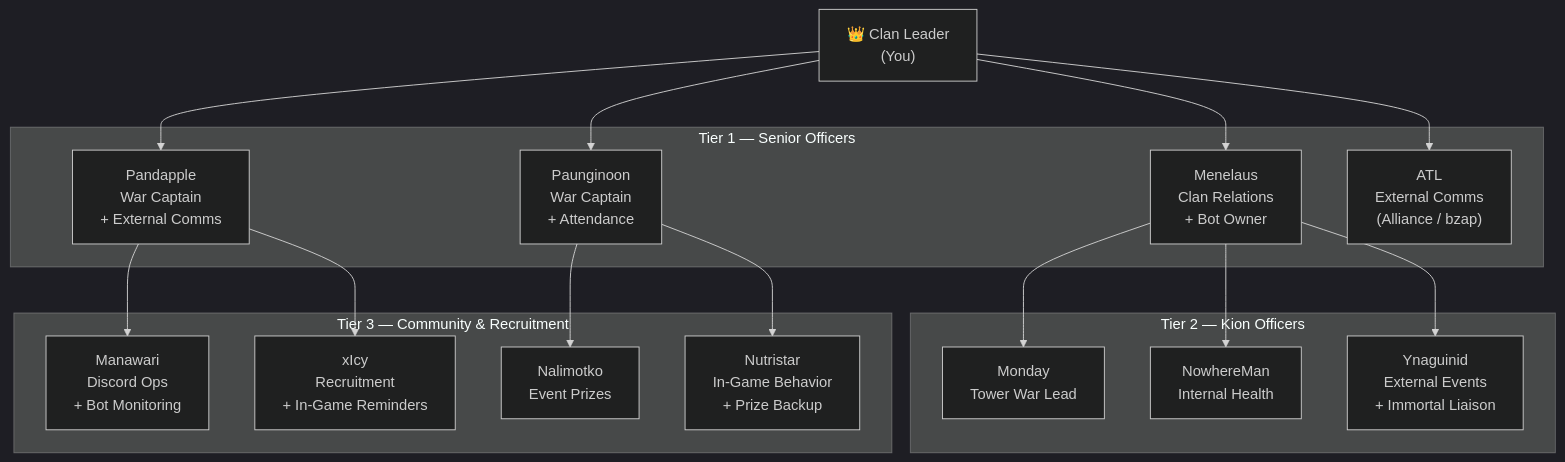
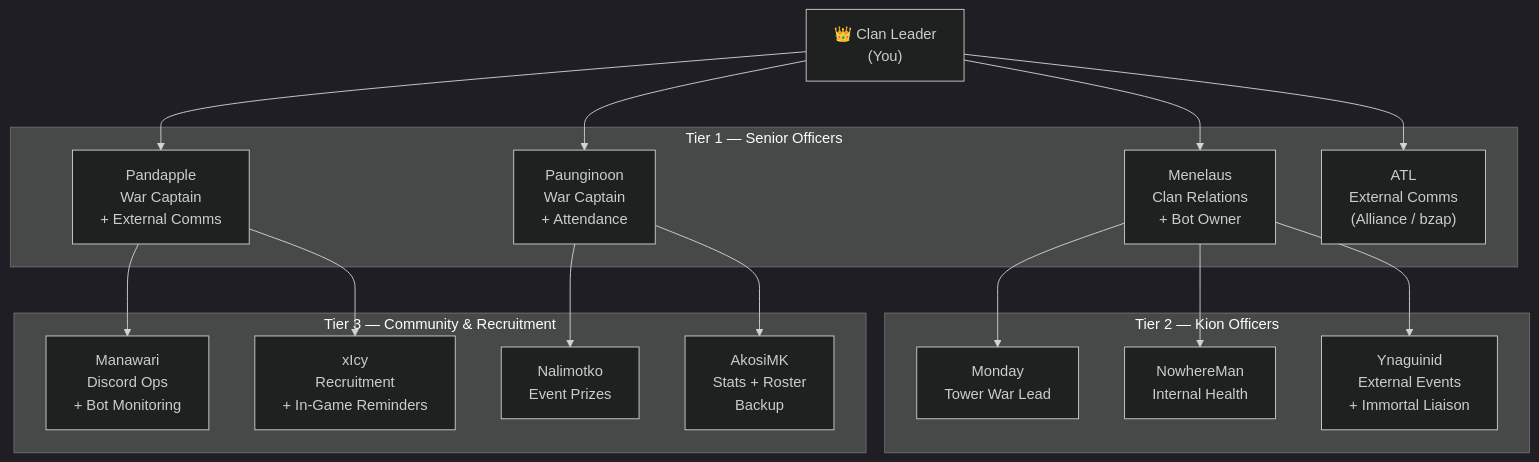
Before and after one commit to OMGTR-max/zeus-bot: the first of 3 diagrams in OFFICERS.md, drawn with Mermaid (dark theme). The commit also changed other lines of this file and 1 other file, not shown here.

First line of the commit message:
Replace Nutristar with AkosiMK; reassign duties to Leader

````diff
--- a/OFFICERS.md
+++ b/OFFICERS.md
@@ -10,38 +10,38 @@
 ```mermaid
 flowchart TD
     Leader["👑 Clan Leader<br/>(You)"]
 
     subgraph T1[" Tier 1 — Senior Officers "]
         Menelaus["Menelaus<br/>Clan Relations<br/>+ Bot Owner"]
         Pandapple["Pandapple<br/>War Captain<br/>+ External Comms"]
         Pau["Paunginoon<br/>War Captain<br/>+ Attendance"]
         ATL["ATL<br/>External Comms<br/>(Alliance / bzap)"]
     end
 
     subgraph T2[" Tier 2 — Kion Officers "]
         Monday["Monday<br/>Tower War Lead"]
         Nowhere["NowhereMan<br/>Internal Health"]
         Yna["Ynaguinid<br/>External Events<br/>+ Immortal Liaison"]
     end
 
     subgraph T3[" Tier 3 — Community & Recruitment "]
         Mana["Manawari<br/>Discord Ops<br/>+ Bot Monitoring"]
         xIcy["xIcy<br/>Recruitment<br/>+ In-Game Reminders"]
         Nali["Nalimotko<br/>Event Prizes"]
-        Nutri["Nutristar<br/>In-Game Behavior<br/>+ Prize Backup"]
+        Akosi["AkosiMK<br/>Stats + Roster<br/>Backup"]
     end
 
     Leader --> Menelaus
     Leader --> Pandapple
     Leader --> Pau
     Leader --> ATL
 
     Menelaus --> Monday
     Menelaus --> Nowhere
     Menelaus --> Yna
 
     Pandapple --> Mana
     Pandapple --> xIcy
     Pau --> Nali
-    Pau --> Nutri
+    Pau --> Akosi
 ```
````
